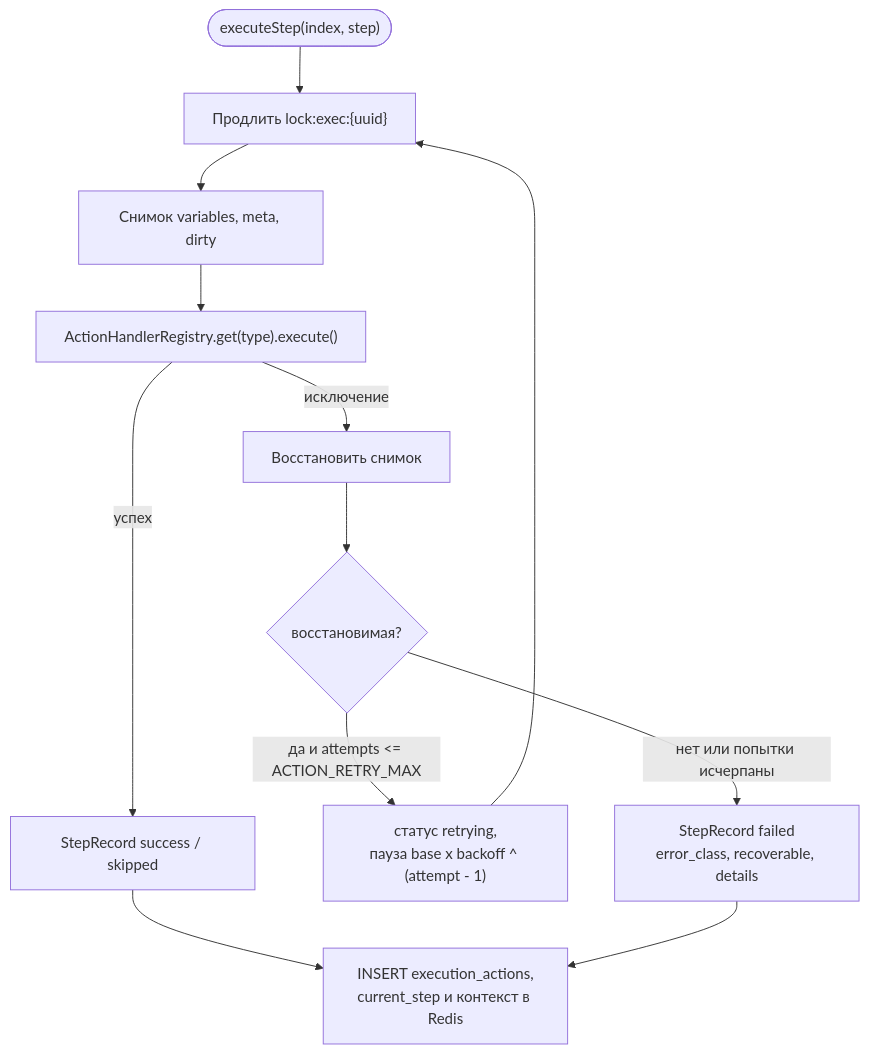
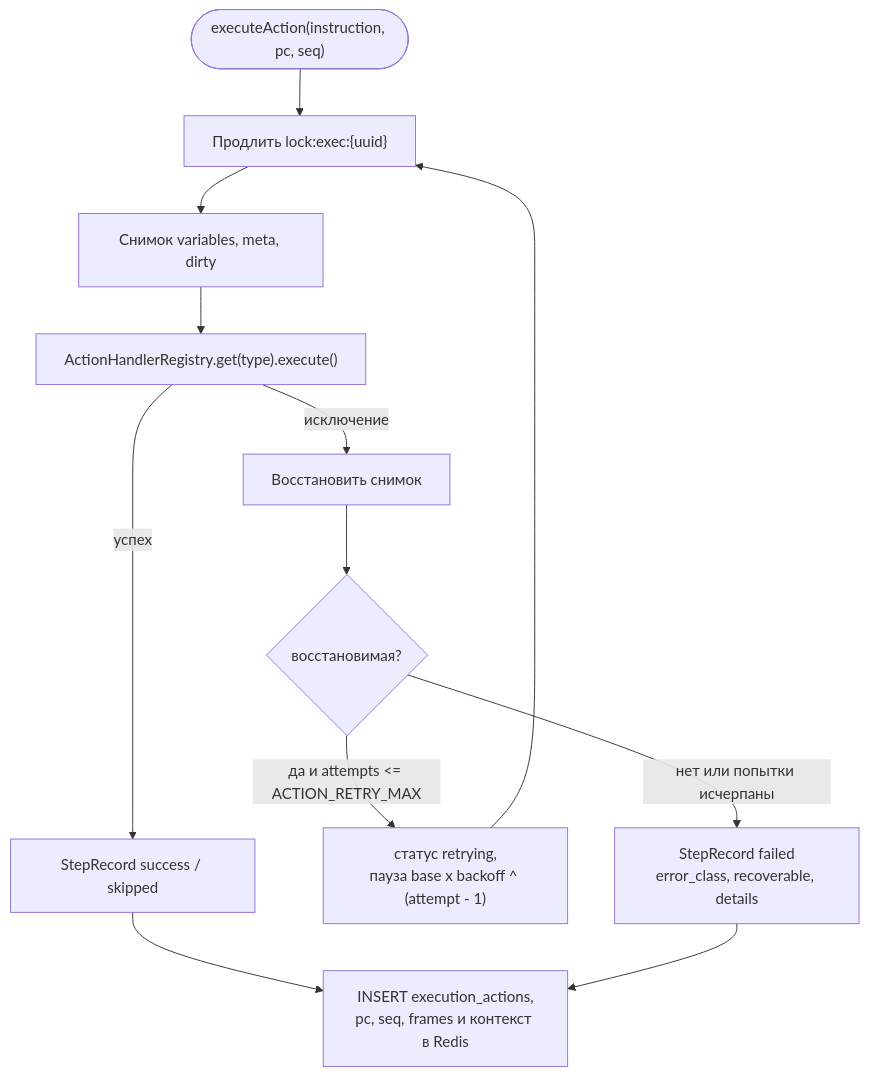
Before and after one commit to madarch-labs/Workflow-Processing-Service: the fourth of 6 diagrams in doc/ru/05-architecture/execution-engine.md, drawn with Mermaid. The commit also changed other lines of this file and 470 other files, not shown here.

````diff
--- a/doc/ru/05-architecture/execution-engine.md
+++ b/doc/ru/05-architecture/execution-engine.md
@@ -112,14 +265,14 @@
 ```mermaid
 flowchart TB
-    s(["executeStep(index, step)"]) --> lock["Продлить lock:exec:{uuid}"]
+    s(["executeAction(instruction, pc, seq)"]) --> lock["Продлить lock:exec:{uuid}"]
     lock --> snap["Снимок variables, meta, dirty"]
     snap --> exec["ActionHandlerRegistry.get(type).execute()"]
     exec -- "успех" --> rec["StepRecord success / skipped"]
     exec -- "исключение" --> restore["Восстановить снимок"]
     restore --> kind{"восстановимая?"}
     kind -- "да и attempts <= ACTION_RETRY_MAX" --> wait["статус retrying,<br/>пауза base x backoff ^ (attempt - 1)"]
     wait --> lock
     kind -- "нет или попытки исчерпаны" --> failrec["StepRecord failed<br/>error_class, recoverable, details"]
-    rec --> audit["INSERT execution_actions,<br/>current_step и контекст в Redis"]
+    rec --> audit["INSERT execution_actions,<br/>pc, seq, frames и контекст в Redis"]
     failrec --> audit
 ```
````
